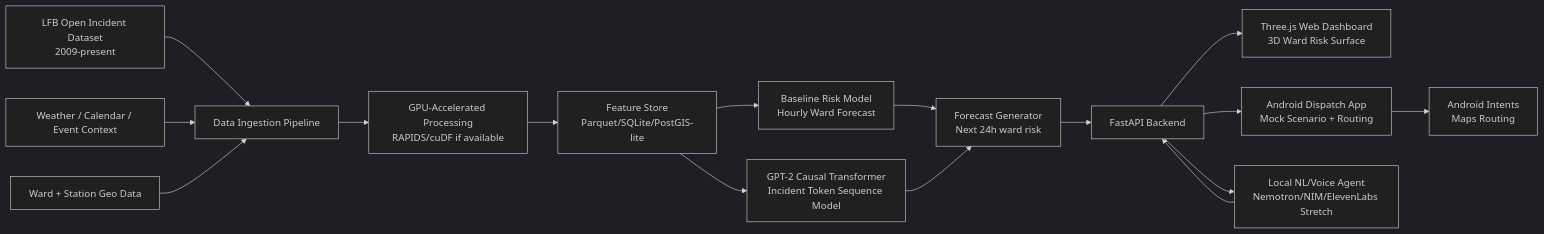
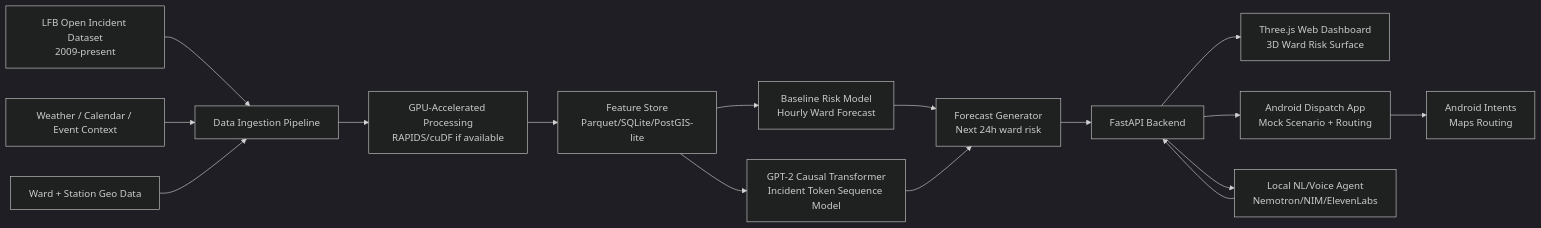
One commit to Hha21/Hackathon_NVIDIALONDON changed the first of 4 diagrams in README.md. Above: the diagram before and after it, drawn with Mermaid (dark theme). The commit also changed other lines of this file, not shown here.

````diff
--- a/README.md
+++ b/README.md
@@ -280,24 +118,24 @@
 ```mermaid
 flowchart LR
     A[LFB Open Incident Dataset<br/>2009-present] --> B[Data Ingestion Pipeline]
     W[Weather / Calendar / Event Context] --> B
     G[Ward + Station Geo Data] --> B
 
     B --> C[GPU-Accelerated Processing<br/>RAPIDS/cuDF if available]
     C --> D[Feature Store<br/>Parquet/SQLite/PostGIS-lite]
 
     D --> E1[Baseline Risk Model<br/>Hourly Ward Forecast]
     D --> E2[GPT-2 Causal Transformer<br/>Incident Token Sequence Model]
 
     E1 --> F[Forecast Generator<br/>Next 24h ward risk]
     E2 --> F
 
     F --> H[FastAPI Backend]
 
     H --> I[Three.js Web Dashboard<br/>3D Ward Risk Surface]
     H --> J[Android Dispatch App<br/>Mock Scenario + Routing]
-    H --> K[Local NL/Voice Agent<br/>Nemotron/NIM/ElevenLabs Stretch]
+    H --> K[Local NL/Voice Agent<br/>Nemotron/NIM/ElevenLabs]
 
     J --> L[Android Intents<br/>Maps Routing]
     K --> H
 ```
````
